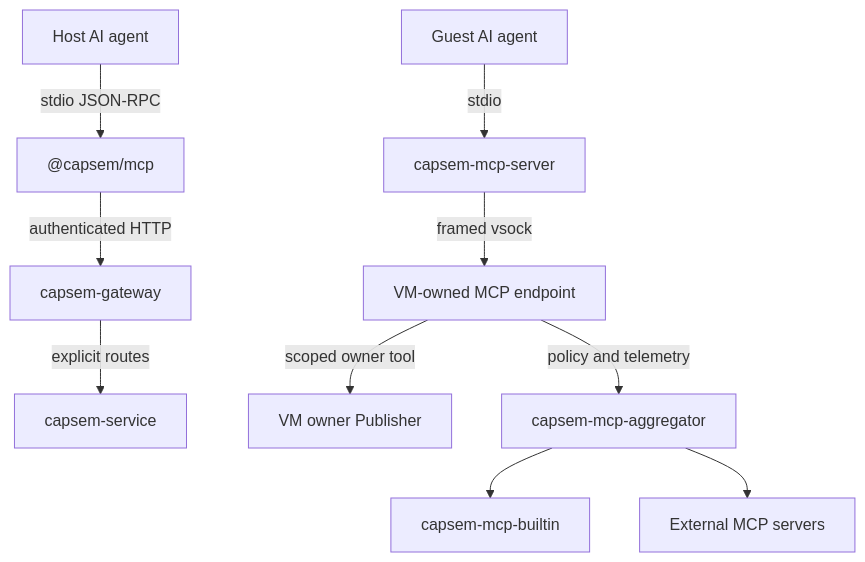
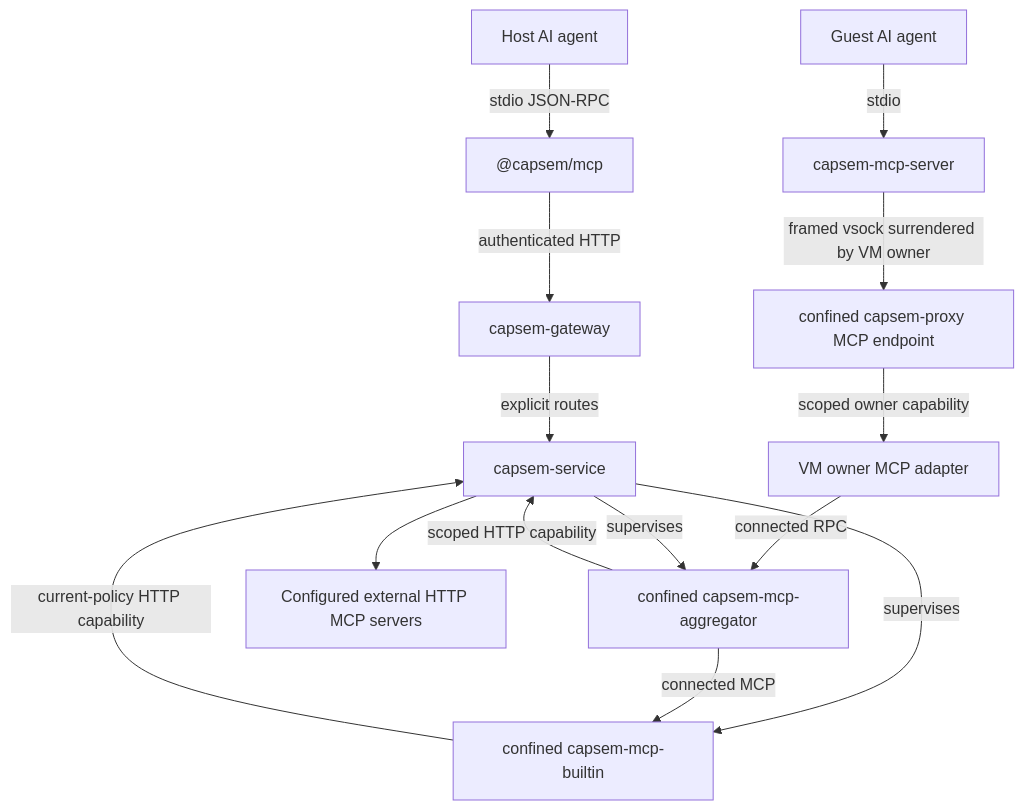
The first of 4 diagrams in web/docs/src/content/docs/architecture/mcp-gateway.md (google/capsem), drawn with Mermaid before and after one commit. The commit also changed other lines of this file and 96 other files, not shown here.

````diff
--- a/web/docs/src/content/docs/architecture/mcp-gateway.md
+++ b/web/docs/src/content/docs/architecture/mcp-gateway.md
@@ -15,13 +15,17 @@
 ```mermaid
 graph TB
     AGENT["Host AI agent"] -->|stdio JSON-RPC| HOST["@capsem/mcp"]
     HOST -->|authenticated HTTP| GATEWAY["capsem-gateway"]
     GATEWAY -->|explicit routes| SERVICE["capsem-service"]
 
     GUEST_AGENT["Guest AI agent"] -->|stdio| RELAY["capsem-mcp-server"]
-    RELAY -->|framed vsock| ENDPOINT["VM-owned MCP endpoint"]
-    ENDPOINT -->|scoped owner tool| OWNER["VM owner Publisher"]
-    ENDPOINT -->|policy and telemetry| AGG["capsem-mcp-aggregator"]
-    AGG --> BUILTIN["capsem-mcp-builtin"]
-    AGG --> EXTERNAL["External MCP servers"]
+    RELAY -->|"framed vsock surrendered by VM owner"| ENDPOINT["confined capsem-proxy MCP endpoint"]
+    ENDPOINT -->|"scoped owner capability"| OWNER["VM owner MCP adapter"]
+    OWNER -->|"connected RPC"| AGG["confined capsem-mcp-aggregator"]
+    SERVICE -->|"supervises"| AGG
+    SERVICE -->|"supervises"| BUILTIN["confined capsem-mcp-builtin"]
+    AGG -->|"connected MCP"| BUILTIN
+    AGG -->|"scoped HTTP capability"| SERVICE
+    BUILTIN -->|"current-policy HTTP capability"| SERVICE
+    SERVICE --> EXTERNAL["Configured external HTTP MCP servers"]
 ```
````
